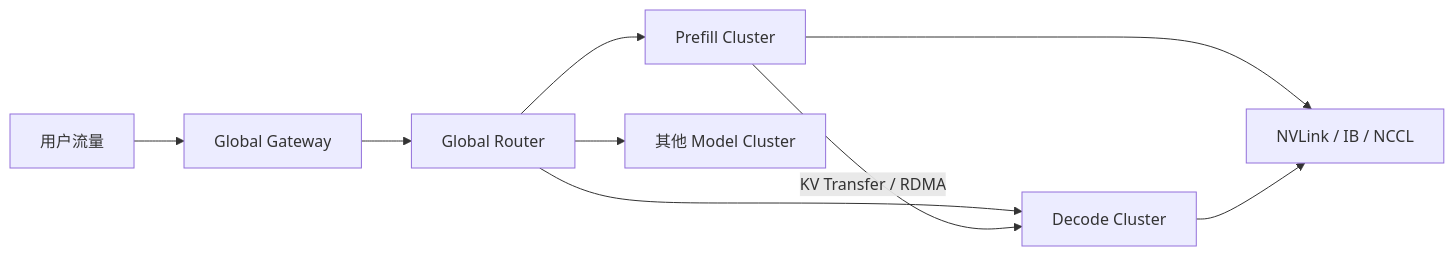
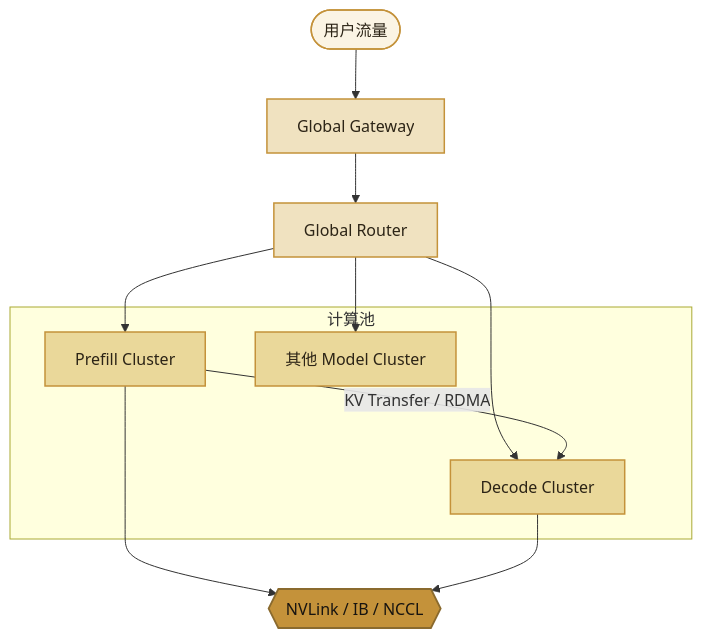
One commit to xiangel/llm-inference-course changed the second of 2 diagrams in src/content/docs/00-introduction/03-token-to-cluster.mdx. Above: the diagram before and after it, drawn with Mermaid. The commit also changed other lines of this file and 9 other files, not shown here.

First line of the commit message:
Restyle architecture diagrams to match the book palette

````diff
--- a/src/content/docs/00-introduction/03-token-to-cluster.mdx
+++ b/src/content/docs/00-introduction/03-token-to-cluster.mdx
@@ -106,11 +114,26 @@
 ```mermaid
-flowchart LR
-  U[用户流量] --> GG[Global Gateway]
-  GG --> GR[Global Router]
-  GR --> PC[Prefill Cluster]
-  GR --> DC2[Decode Cluster]
-  PC -->|KV Transfer / RDMA| DC2
-  GR --> MC[其他 Model Cluster]
-  PC --> Net[NVLink / IB / NCCL]
+flowchart TB
+  classDef client fill:#fbf4e4,stroke:#c4923a,color:#2c2416,stroke-width:1.5px
+  classDef control fill:#f0e2c0,stroke:#c4923a,color:#2c2416,stroke-width:1.5px
+  classDef compute fill:#ead89a,stroke:#c4923a,color:#2c2416,stroke-width:1.5px
+  classDef memory fill:#dcecf5,stroke:#4ea1d3,color:#1a3344,stroke-width:1.5px
+  classDef device fill:#c4923a,stroke:#8a6a2e,color:#171410,stroke-width:1.8px
+
+  U(["用户流量"]):::client --> GG["Global Gateway"]:::control
+  GG --> GR["Global Router"]:::control
+
+  subgraph Compute["计算池"]
+    PC["Prefill Cluster"]:::compute
+    DC2["Decode Cluster"]:::compute
+    MC["其他 Model Cluster"]:::compute
+  end
+
+  Net{{"NVLink / IB / NCCL"}}:::device
+
+  GR --> PC
+  GR --> DC2
+  GR --> MC
+  PC -->|"KV Transfer / RDMA"| DC2
+  PC --> Net
   DC2 --> Net
 ```
````
